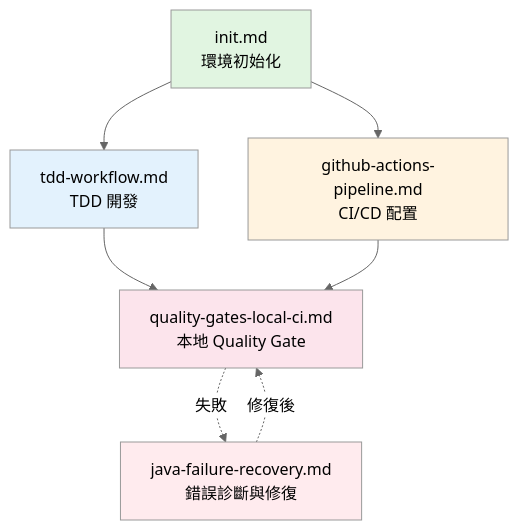
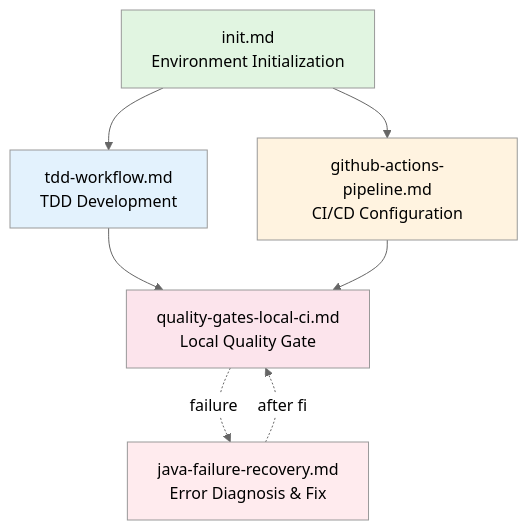
The diagram in .agent/workflows/00-workflow-index.md (ron03wlb/smart-admin), drawn with Mermaid (neutral theme) before and after one commit. The commit also changed other lines of this file and 5 other files, not shown here.

````diff
--- a/.agent/workflows/00-workflow-index.md
+++ b/.agent/workflows/00-workflow-index.md
@@ -31,15 +31,15 @@
 ```mermaid
 graph TD
-    A[init.md<br/>環境初始化] --> B[tdd-workflow.md<br/>TDD 開發]
-    A --> C[github-actions-pipeline.md<br/>CI/CD 配置]
-    B --> D[quality-gates-local-ci.md<br/>本地 Quality Gate]
+    A[init.md<br/>Environment Initialization] --> B[tdd-workflow.md<br/>TDD Development]
+    A --> C[github-actions-pipeline.md<br/>CI/CD Configuration]
+    B --> D[quality-gates-local-ci.md<br/>Local Quality Gate]
     C --> D
-    D -.失敗.-> E[java-failure-recovery.md<br/>錯誤診斷與修復]
-    E -.修復後.-> D
+    D -.failure.-> E[java-failure-recovery.md<br/>Error Diagnosis & Fix]
+    E -.after fix.-> D
 
     style A fill:#e1f5e1
     style B fill:#e3f2fd
     style C fill:#fff3e0
     style D fill:#fce4ec
     style E fill:#ffebee
 ```
````
